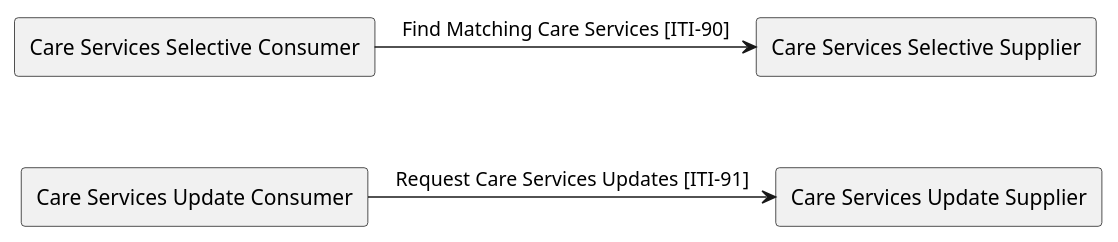
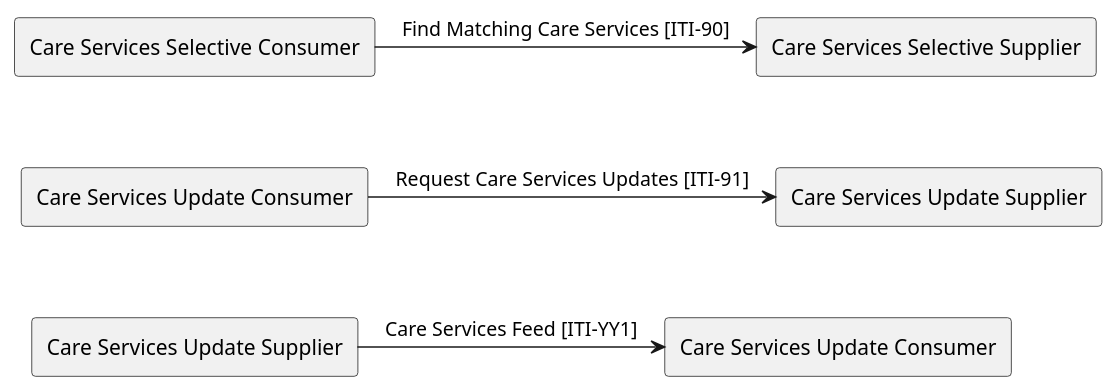
The diagram in input/images-source/ActorsAndTransactions.plantuml (IHE/ITI.mCSD), drawn with PlantUML before and after one commit. The commit also changed 5 other files, not shown here.

```diff
--- a/input/images-source/ActorsAndTransactions.plantuml
+++ b/input/images-source/ActorsAndTransactions.plantuml
@@ -1,10 +1,15 @@
 @startuml
 hide footbox
+skinparam linetype polyline
 agent "Care Services Selective Supplier" as SelectiveSupplier
 agent "Care Services Selective Consumer" as SelectiveConsumer
 agent "Care Services Update Supplier" as UpdateSupplier
 agent "Care Services Update Consumer" as UpdateConsumer
+agent "Care Services Update Supplier" as UpdateSupplier2
+agent "Care Services Update Consumer" as UpdateConsumer2
 SelectiveConsumer -> SelectiveSupplier : "Find Matching Care Services [ITI-90]"
 SelectiveConsumer -[hidden]-> UpdateConsumer
 UpdateConsumer -> UpdateSupplier : "Request Care Services Updates [ITI-91]"
+UpdateConsumer -[hidden]-> UpdateSupplier2
+UpdateSupplier2 -> UpdateConsumer2 : "Care Services Feed [ITI-YY1]"
 @enduml
```
